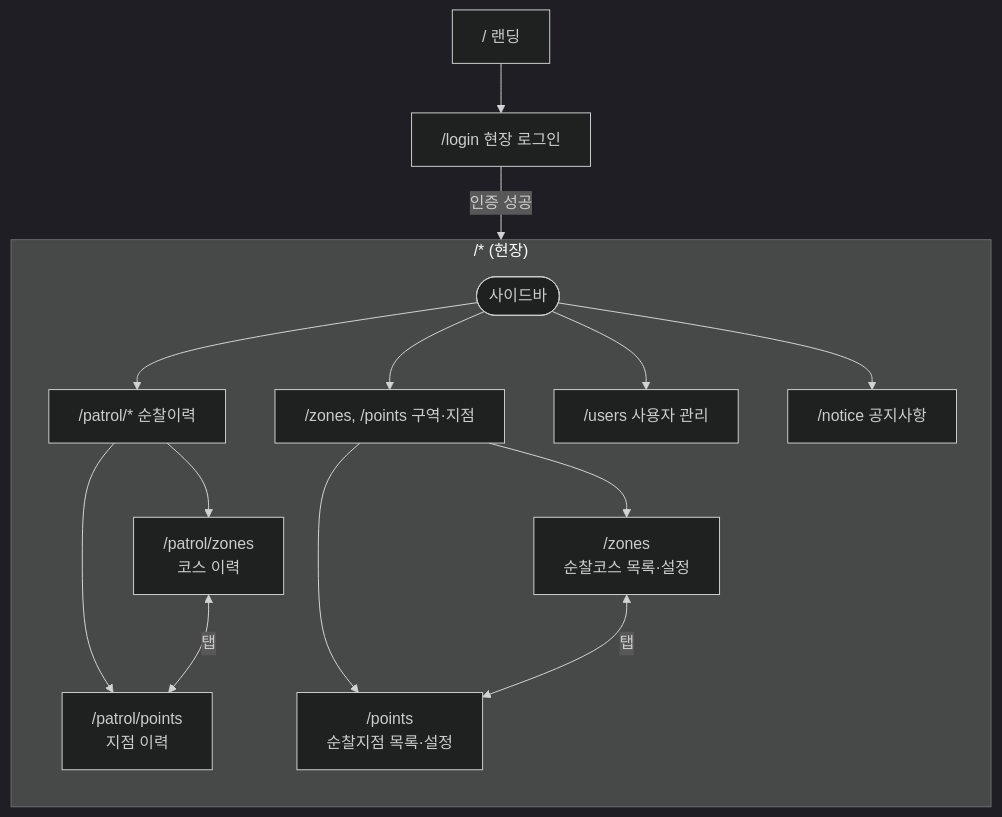
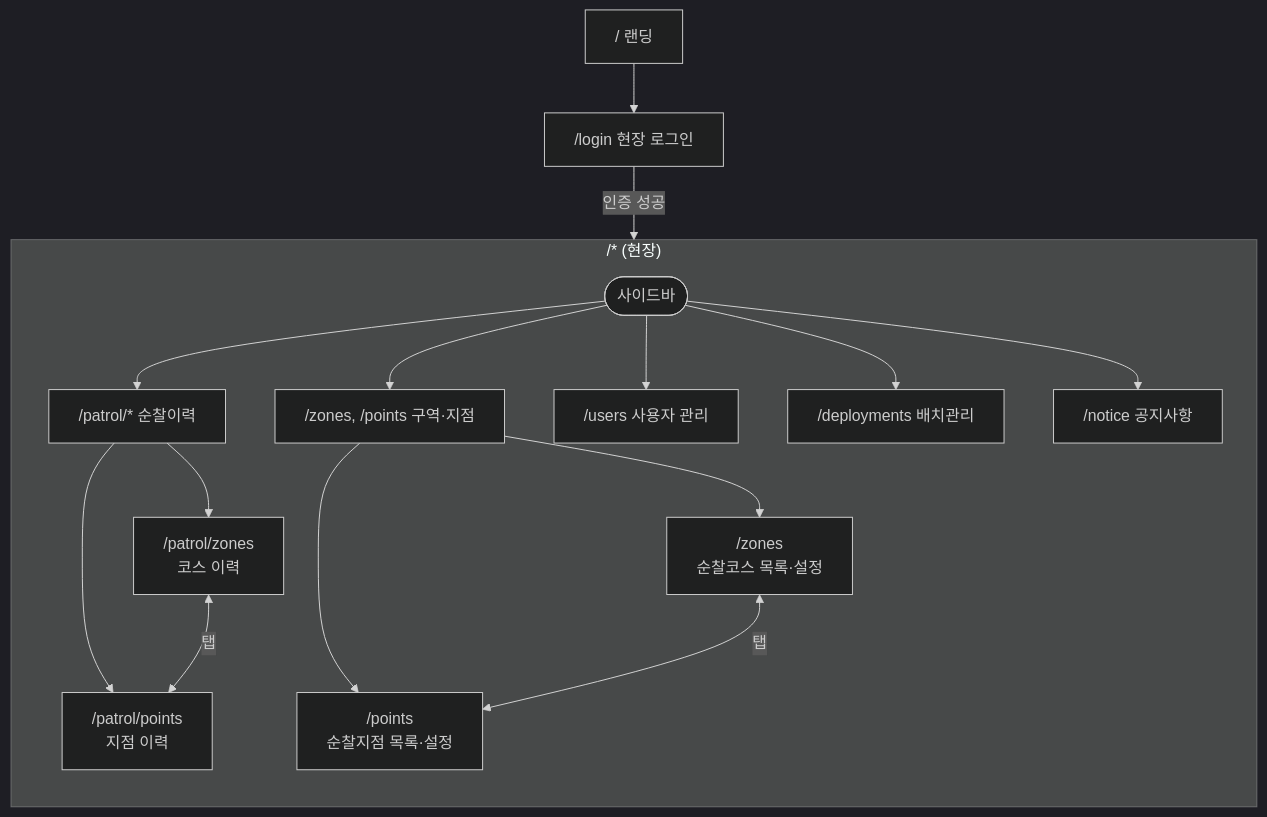
The second of 15 diagrams in docs/flow.md (S-Tec-System-R-D/s-patrol_fe), drawn with Mermaid before and after one commit. The commit also changed other lines of this file and 6 other files, not shown here.

````diff
--- a/docs/flow.md
+++ b/docs/flow.md
@@ -65,26 +65,27 @@
 ```mermaid
 %%{init: {'theme':'dark'}}%%
 flowchart TB
     Landing["/ 랜딩"]
     Login["/login 현장 로그인"]
     Landing --> Login
 
     subgraph Service["/* (현장)"]
         direction TB
         SBar([사이드바])
         SBar --> Patrol["/patrol/* 순찰이력"]
         SBar --> ZP["/zones, /points 구역·지점"]
         SBar --> Users["/users 사용자 관리"]
+        SBar --> Deploy["/deployments 배치관리"]
         SBar --> Notice["/notice 공지사항"]
 
         Patrol --> PZ["/patrol/zones<br/>코스 이력"]
         Patrol --> PP["/patrol/points<br/>지점 이력"]
         PZ <-->|탭| PP
 
         ZP --> Z["/zones<br/>순찰코스 목록·설정"]
         ZP --> P["/points<br/>순찰지점 목록·설정"]
         Z <-->|탭| P
     end
 
     Login -- 인증 성공 --> SBar
 ```
````
